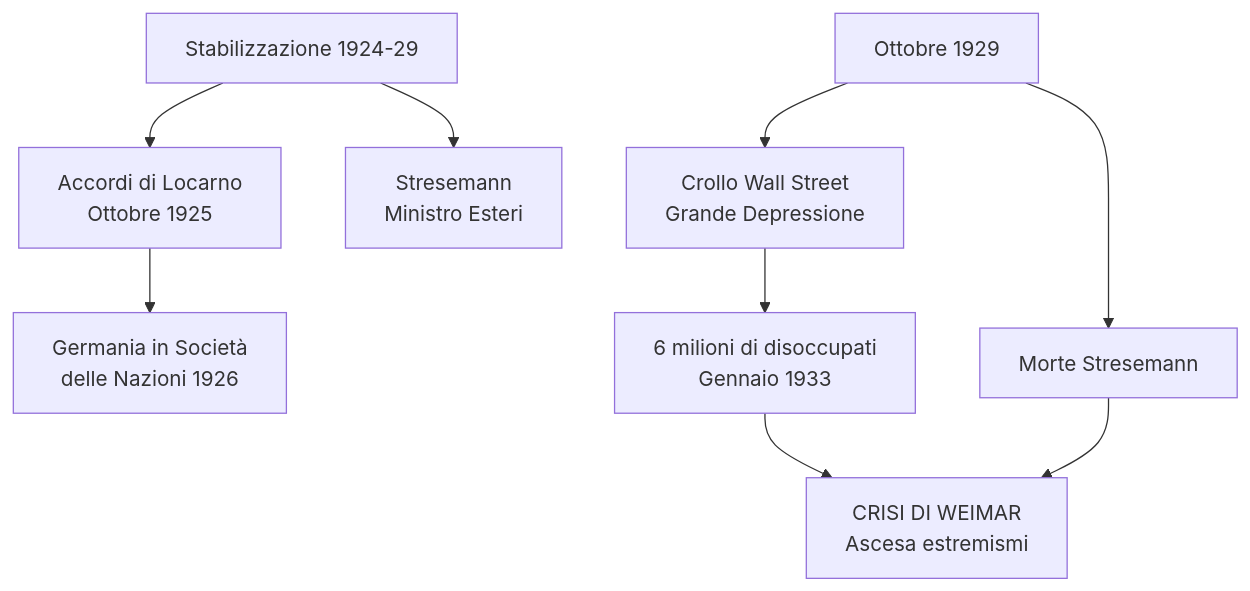
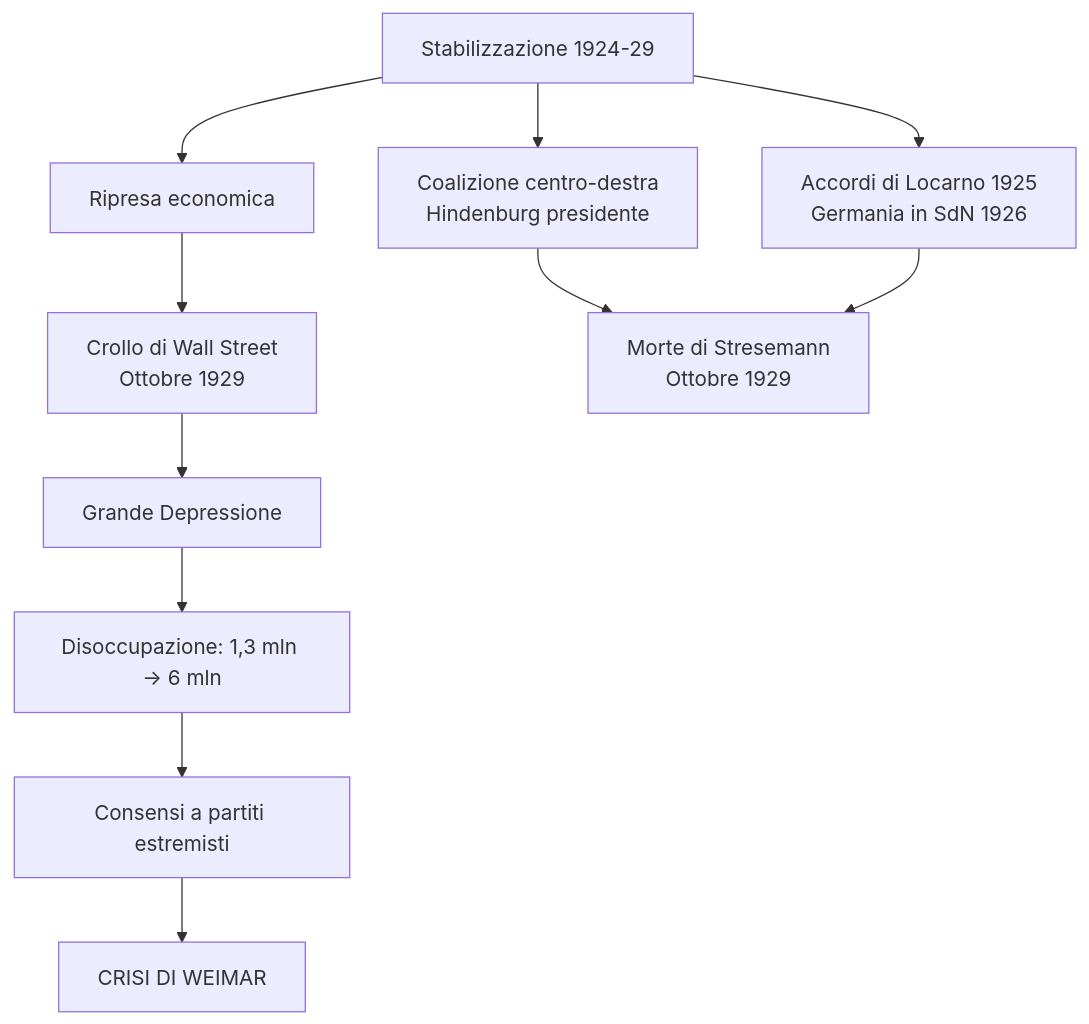
One commit to riccardo-algorime/appunti-5Bsa changed the first of 10 diagrams in storia/materiale/studio/capitolo_3.11_studio.md. Above: the diagram before and after it, drawn with Mermaid. The commit also changed other lines of this file and 5 other files, not shown here.

````diff
--- a/storia/materiale/studio/capitolo_3.11_studio.md
+++ b/storia/materiale/studio/capitolo_3.11_studio.md
@@ -77,11 +44,13 @@
 ```mermaid
 flowchart TD
-    A[Stabilizzazione 1924-29] --> B[Accordi di Locarno<br/>Ottobre 1925]
-    B --> C[Germania in Società<br/>delle Nazioni 1926]
-    A --> D[Stresemann<br/>Ministro Esteri]
-    E[Ottobre 1929] --> F[Morte Stresemann]
-    E --> G[Crollo Wall Street<br/>Grande Depressione]
-    G --> H[6 milioni di disoccupati<br/>Gennaio 1933]
-    H --> I[CRISI DI WEIMAR<br/>Ascesa estremismi]
-    F --> I
+    A[Stabilizzazione 1924-29] --> B[Ripresa economica]
+    A --> C[Coalizione centro-destra<br/>Hindenburg presidente]
+    A --> D[Accordi di Locarno 1925<br/>Germania in SdN 1926]
+    B --> E[Crollo di Wall Street<br/>Ottobre 1929]
+    C --> F[Morte di Stresemann<br/>Ottobre 1929]
+    D --> F
+    E --> G[Grande Depressione]
+    G --> H[Disoccupazione: 1,3 mln → 6 mln]
+    H --> I[Consensi a partiti estremisti]
+    I --> J[CRISI DI WEIMAR]
 ```
````
